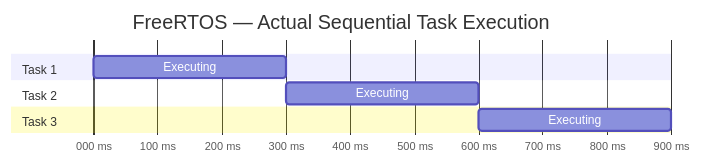
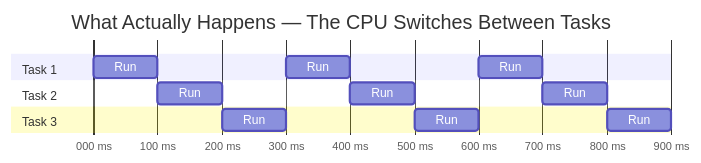
One commit to Edwinrj/lab-wpi-ece3849 changed the second of 4 diagrams in src/content/docs/guides/FreeRTOS/freertos.mdx. Above: the diagram before and after it, drawn with Mermaid. The commit also changed other lines of this file and 13 other files, not shown here.

````diff
--- a/src/content/docs/guides/FreeRTOS/freertos.mdx
+++ b/src/content/docs/guides/FreeRTOS/freertos.mdx
@@ -77,35 +82,29 @@
 ```mermaid
 ---
 displayMode: compact
 config:
-    themeCSS: "
-        #t1a, #t1b { fill: #e74c3c; }      /* Red */
-        #t2a, #t2b { fill: #3498db; }      /* Blue */
-        #t3a, #t3b { fill: #2ecc71; }      /* Green */
-        .sectionTitle { font-size: 12px; }
-        .titleText { font-size: 14px; font-weight: bold; }
-    "
     gantt:
         useWidth: 600
         rightPadding: 0
         topAxis: false
-
-
 ---
 gantt
-    title FreeRTOS — Actual Sequential Task Execution
+    title What Actually Happens — The CPU Switches Between Tasks
     dateFormat  mm:ss:SSS
     axisFormat  %L ms
     tickInterval 100millisecond
     excludes none
 
     section Task 1
-    Executing :t1a, 00:00:000, 00:00:300
-
+    Run :t1a, 00:00:000, 00:00:100
+    Run :t1b, 00:00:300, 00:00:400
+    Run :t1c, 00:00:600, 00:00:700
     section Task 2
-    Executing :t2a, 00:00:300, 00:00:600
-
+    Run :t2a, 00:00:100, 00:00:200
+    Run :t2b, 00:00:400, 00:00:500
+    Run :t2c, 00:00:700, 00:00:800
     section Task 3
-    Executing :t3a, 00:00:600, 00:00:900
-
+    Run :t3a, 00:00:200, 00:00:300
+    Run :t3b, 00:00:500, 00:00:600
+    Run :t3c, 00:00:800, 00:00:900
 ```
````
